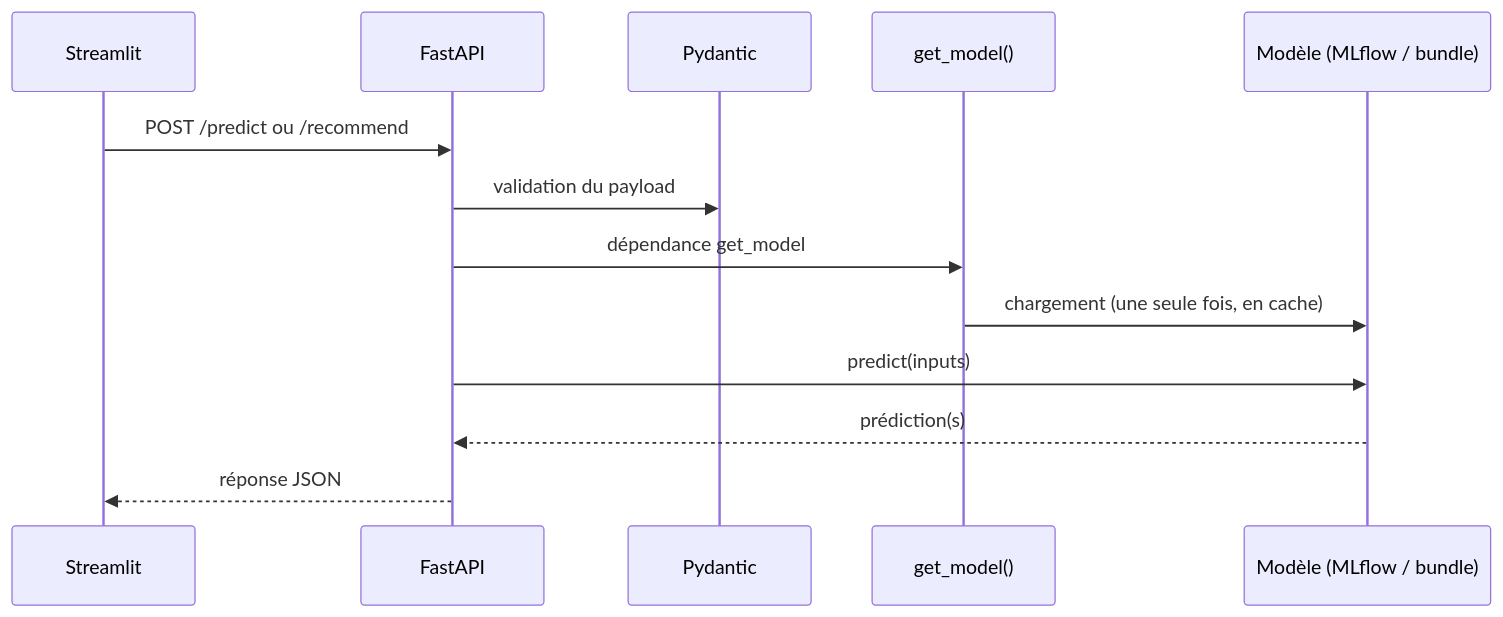
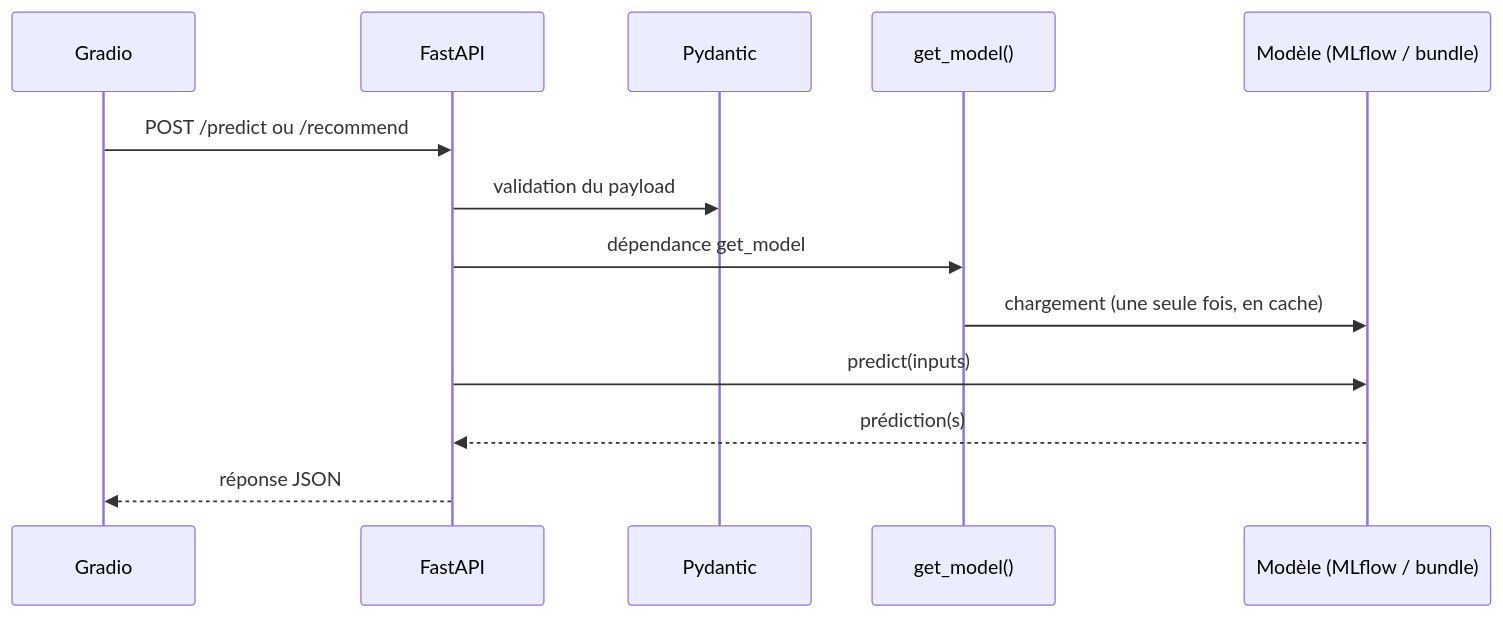
Before and after one commit to olivierbinder/agri: the diagram in docs/03_api.md, drawn with Mermaid. The commit also changed 27 other files, not shown here.

````diff
--- a/docs/03_api.md
+++ b/docs/03_api.md
@@ -12,16 +12,16 @@
 ```mermaid
 sequenceDiagram
-    participant UI as Streamlit
+    participant UI as Gradio
     participant API as FastAPI
     participant P as Pydantic
     participant D as get_model()
     participant M as Modèle (MLflow / bundle)
 
     UI->>API: POST /predict ou /recommend
     API->>P: validation du payload
     API->>D: dépendance get_model
     D->>M: chargement (une seule fois, en cache)
     API->>M: predict(inputs)
     M-->>API: prédiction(s)
     API-->>UI: réponse JSON
 ```
````
